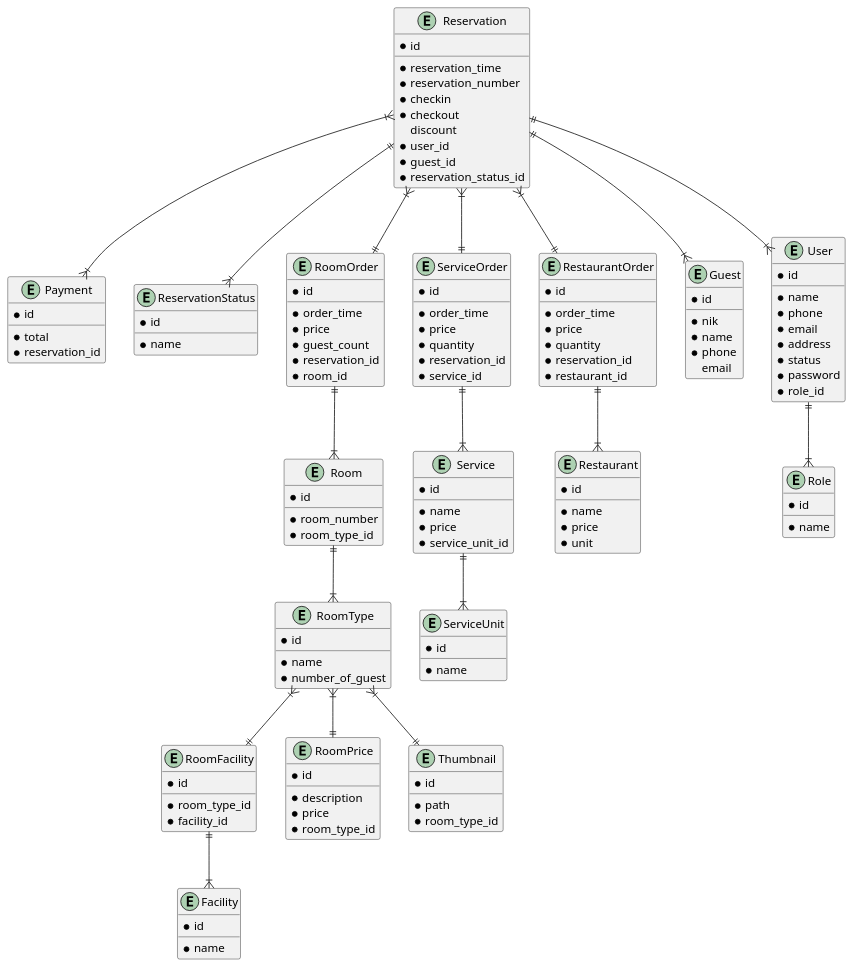
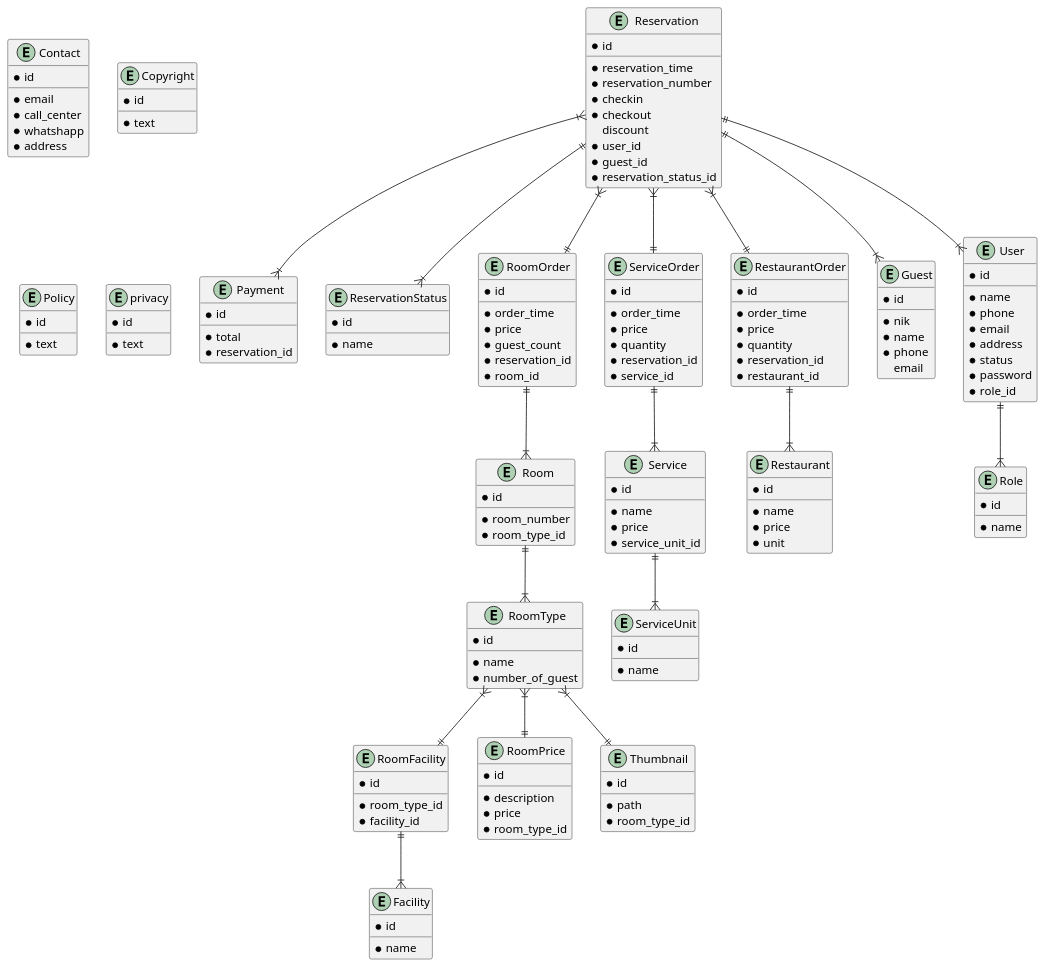
The diagram in designs/diagrams/database.puml (MuhammadIqbalAfandi/semuwainn), drawn with PlantUML before and after one commit. The commit also changed 63 other files, not shown here.

Commit message:
fix: contact and copyright dashboard

```diff
--- a/designs/diagrams/database.puml
+++ b/designs/diagrams/database.puml
@@ -1,167 +1,194 @@
 @startuml SemuwainnDatabase
   entity Reservation {
     * id
     __
     * reservation_time
     * reservation_number
     * checkin
     * checkout
     discount
     * user_id
     * guest_id
     * reservation_status_id
   }
 
   entity Payment {
     * id
     __
     * total
     * reservation_id
   }
 
   entity ReservationStatus {
     * id
     __
     * name
   }
 
   entity RoomOrder {
     * id
     __
     * order_time
     * price
     * guest_count
     * reservation_id
     * room_id
   }
 
   entity ServiceOrder {
     * id
     __
     * order_time
     * price
     * quantity
     * reservation_id
     * service_id
   }
 
   entity Service {
     * id
     __
     * name
     * price
     * service_unit_id
   }
 
   entity ServiceUnit {
     * id
     __
     * name
   }
 
     entity RestaurantOrder {
     * id
     __
     * order_time
     * price
     * quantity
     * reservation_id
     * restaurant_id
   }
 
   entity Restaurant {
     * id
     __
     * name
     * price
     * unit
   }
 
   entity Guest {
     * id
     __
     * nik
     * name
     * phone
     email
   }
 
   entity User {
     * id
     __
     * name
     * phone
     * email
     * address
     * status
     * password
     * role_id
   }
 
   entity Role {
     * id
     __
     * name
   }
 
   entity RoomFacility {
     * id
     __
     * room_type_id
     * facility_id
   }
 
   entity Room {
     * id
     __
     * room_number
     * room_type_id
   }
 
   entity RoomType {
     * id
     __
     * name
     * number_of_guest
   }
 
   entity RoomPrice {
     * id
     __
     * description
     * price
     * room_type_id
   }
 
   entity Facility {
     * id
     __
     * name
   }
 
   entity Thumbnail {
     * id
     __
     * path
     * room_type_id
   }
 
+  entity Contact {
+    * id
+    __
+    * email
+    * call_center
+    * whatshapp
+    * address
+  }
+
+  entity Copyright {
+    * id
+    __
+    * text
+  }
+
+  entity Policy {
+    * id
+    __
+    * text
+  }
+
+  entity privacy {
+    * id
+    __
+    * text
+  }
+
   Reservation ||--|{ ReservationStatus
   Reservation }|--|| RestaurantOrder
   Reservation }|--|| ServiceOrder
   Reservation ||--|{ User
   Reservation ||--|{ Guest
   Reservation }|--|| RoomOrder
   Reservation }|--|{ Payment
   RoomOrder ||--|{ Room
   Room ||--|{ RoomType
   RoomType }|--|| RoomPrice
   RoomType }|--|| RoomFacility
   RoomType }|--|| Thumbnail
   RoomFacility ||--|{ Facility
   ServiceOrder ||--|{ Service
   Service ||--|{ ServiceUnit
   RestaurantOrder ||--|{ Restaurant
   User ||--|{ Role
 
 @enduml
```
